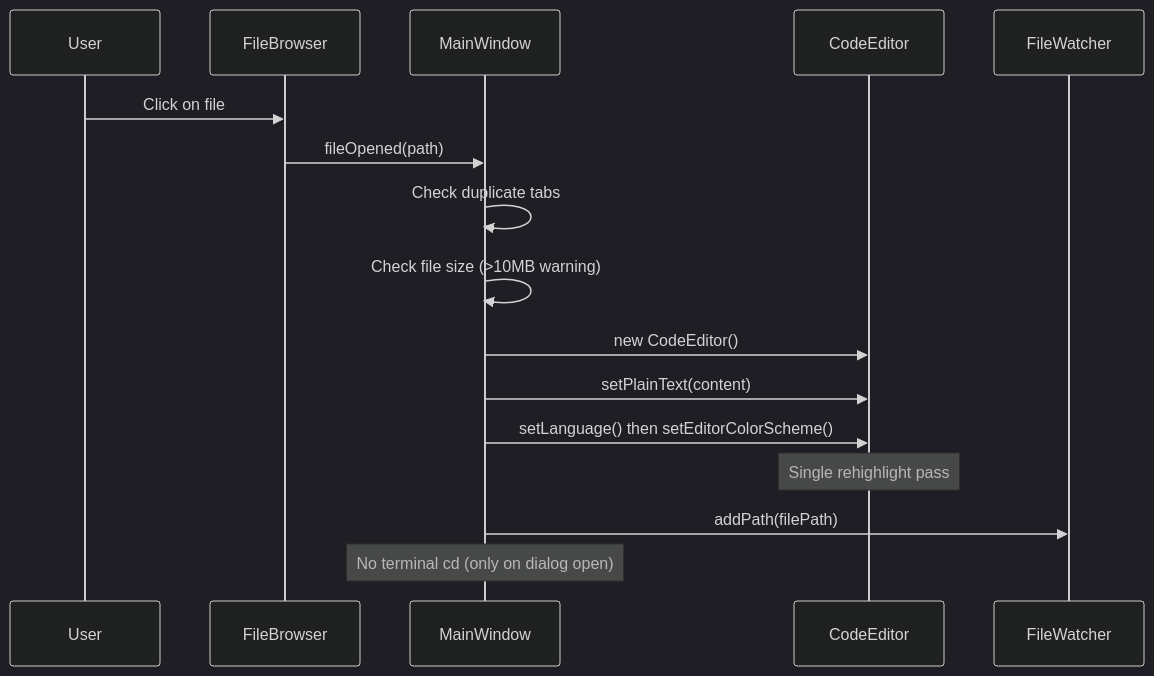
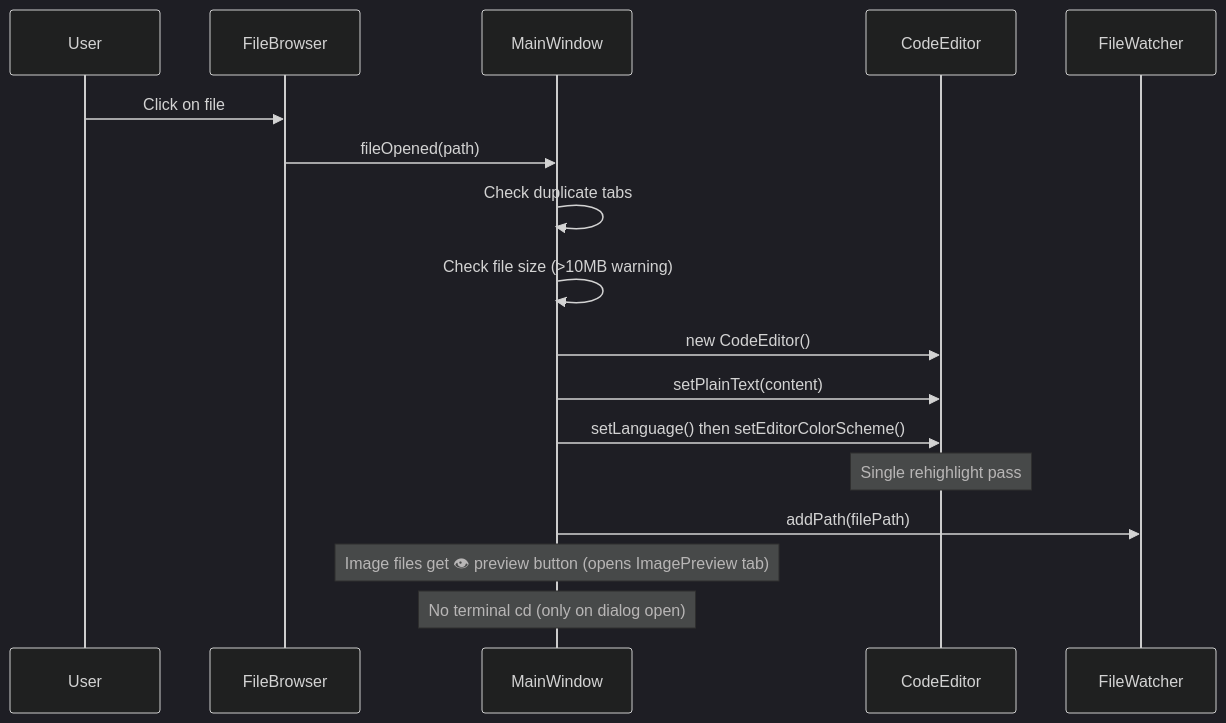
Diagram 15 of 21 in docs/diagrams.md (dkrse/vibe-coder), drawn with Mermaid (dark theme) before and after one commit. The commit also changed other lines of this file and 11 other files, not shown here.

````diff
--- a/docs/diagrams.md
+++ b/docs/diagrams.md
@@ -602,19 +615,20 @@
 ```mermaid
 sequenceDiagram
     participant User
     participant FileBrowser
     participant MainWindow
     participant CodeEditor
     participant FileWatcher
 
     User->>FileBrowser: Click on file
     FileBrowser->>MainWindow: fileOpened(path)
     MainWindow->>MainWindow: Check duplicate tabs
     MainWindow->>MainWindow: Check file size (>10MB warning)
     MainWindow->>CodeEditor: new CodeEditor()
     MainWindow->>CodeEditor: setPlainText(content)
     MainWindow->>CodeEditor: setLanguage() then setEditorColorScheme()
     Note over CodeEditor: Single rehighlight pass
     MainWindow->>FileWatcher: addPath(filePath)
+    Note over MainWindow: Image files get 👁 preview button (opens ImagePreview tab)
     Note over MainWindow: No terminal cd (only on dialog open)
 ```
````
